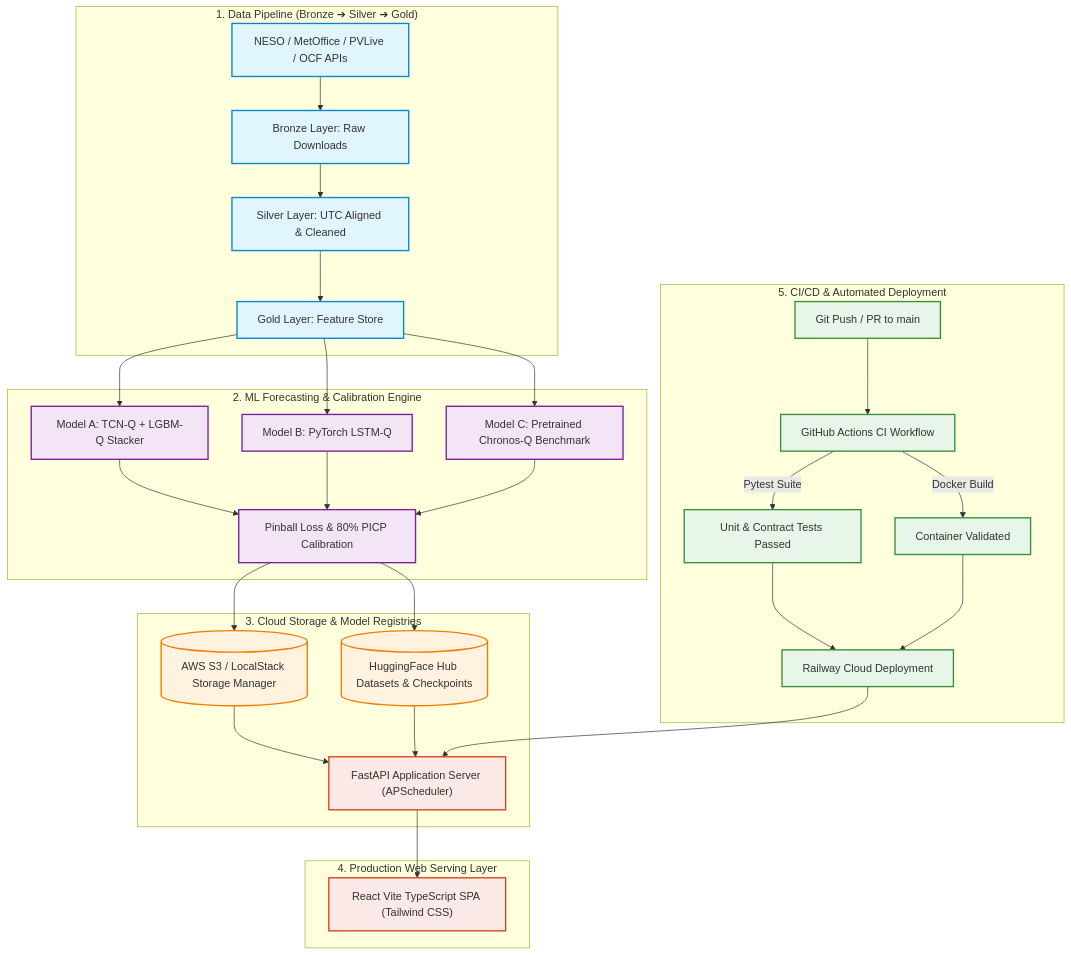
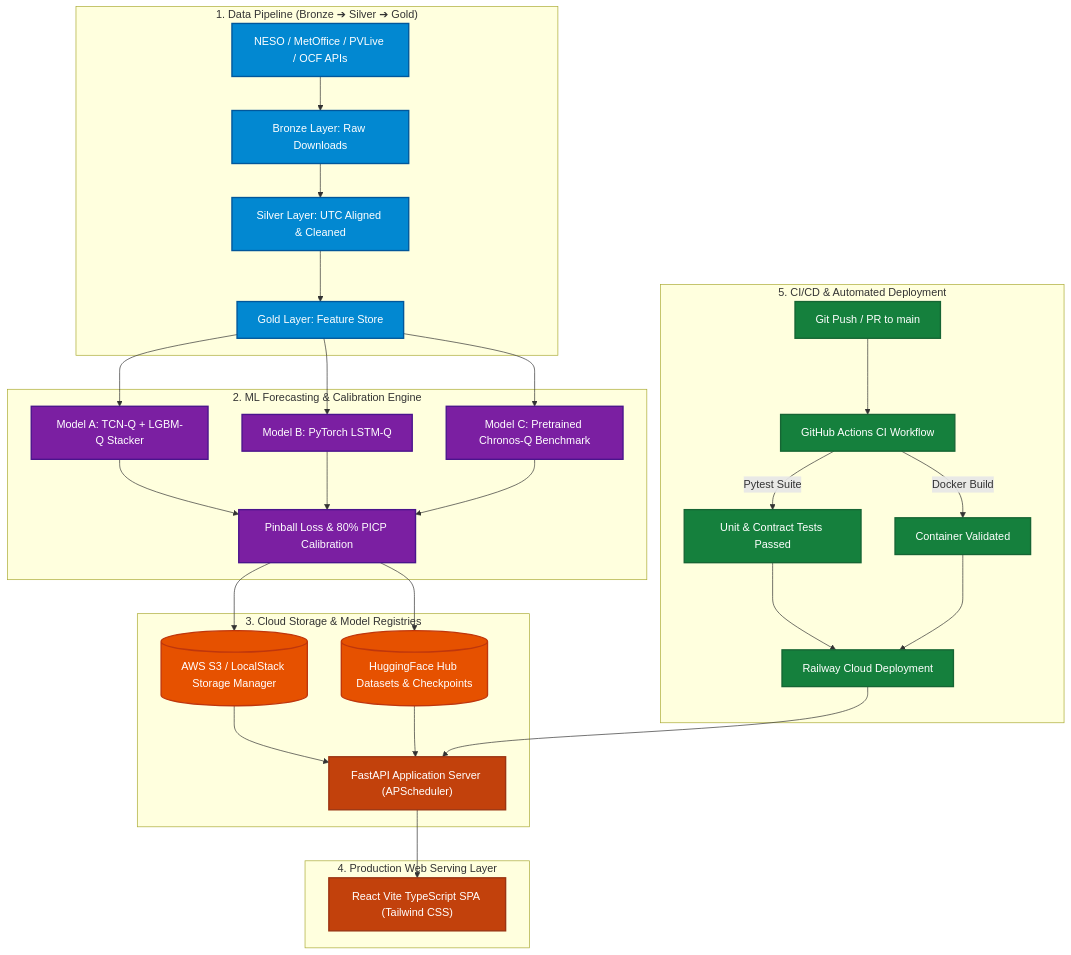
Before and after one commit to Deshan-Chathuranga/gridsight-uk-2026: the diagram in README.md, drawn with Mermaid.

Commit message:
fix(docs): enhance Mermaid diagram text contrast with explicit white bold font on solid nodes

````diff
--- a/README.md
+++ b/README.md
@@ -72,49 +72,59 @@
 ```mermaid
 flowchart TD
     subgraph Data_Pipeline["1. Data Pipeline (Bronze ➔ Silver ➔ Gold)"]
         A1["NESO / MetOffice / PVLive / OCF APIs"] --> A2["Bronze Layer: Raw Downloads"]
         A2 --> A3["Silver Layer: UTC Aligned & Cleaned"]
         A3 --> A4["Gold Layer: Feature Store"]
     end
 
     subgraph Model_Engine["2. ML Forecasting & Calibration Engine"]
         A4 --> M1["Model A: TCN-Q + LGBM-Q Stacker"]
         A4 --> M2["Model B: PyTorch LSTM-Q"]
         A4 --> M3["Model C: Pretrained Chronos-Q Benchmark"]
         M1 --> M4["Pinball Loss & 80% PICP Calibration"]
         M2 --> M4
         M3 --> M4
     end
 
     subgraph Cloud_Storage["3. Cloud Storage & Model Registries"]
         M4 --> S1[("AWS S3 / LocalStack Storage Manager")]
         M4 --> S2[("HuggingFace Hub Datasets & Checkpoints")]
         S1 --> B1
         S2 --> B1
     end
 
     subgraph Serving_Layer["4. Production Web Serving Layer"]
         B1["FastAPI Application Server (APScheduler)"] --> F1["React Vite TypeScript SPA (Tailwind CSS)"]
     end
 
     subgraph CICD_Pipeline["5. CI/CD & Automated Deployment"]
         G1["Git Push / PR to main"] --> G2["GitHub Actions CI Workflow"]
         G2 -->|"Pytest Suite"| G3["Unit & Contract Tests Passed"]
         G2 -->|"Docker Build"| G4["Container Validated"]
         G3 --> G5["Railway Cloud Deployment"]
         G4 --> G5
         G5 --> B1
     end
 
-    classDef dataLayer fill:#e1f5fe,stroke:#0288d1,stroke-width:2px;
-    classDef modelLayer fill:#f3e5f5,stroke:#7b1fa2,stroke-width:2px;
-    classDef cloudLayer fill:#fff3e0,stroke:#f57c00,stroke-width:2px;
-    classDef cicdLayer fill:#e8f5e9,stroke:#388e3c,stroke-width:2px;
-    classDef appLayer fill:#fbe9e7,stroke:#d84315,stroke-width:2px;
+    style A1 fill:#0288d1,color:#ffffff,stroke:#01579b,stroke-width:2px;
+    style A2 fill:#0288d1,color:#ffffff,stroke:#01579b,stroke-width:2px;
+    style A3 fill:#0288d1,color:#ffffff,stroke:#01579b,stroke-width:2px;
+    style A4 fill:#0288d1,color:#ffffff,stroke:#01579b,stroke-width:2px;
 
-    class A1,A2,A3,A4 dataLayer;
-    class M1,M2,M3,M4 modelLayer;
-    class S1,S2 cloudLayer;
-    class B1,F1 appLayer;
-    class G1,G2,G3,G4,G5 cicdLayer;
+    style M1 fill:#7b1fa2,color:#ffffff,stroke:#4a148c,stroke-width:2px;
+    style M2 fill:#7b1fa2,color:#ffffff,stroke:#4a148c,stroke-width:2px;
+    style M3 fill:#7b1fa2,color:#ffffff,stroke:#4a148c,stroke-width:2px;
+    style M4 fill:#7b1fa2,color:#ffffff,stroke:#4a148c,stroke-width:2px;
+
+    style S1 fill:#e65100,color:#ffffff,stroke:#bf360c,stroke-width:2px;
+    style S2 fill:#e65100,color:#ffffff,stroke:#bf360c,stroke-width:2px;
+
+    style B1 fill:#c2410c,color:#ffffff,stroke:#9a3412,stroke-width:2px;
+    style F1 fill:#c2410c,color:#ffffff,stroke:#9a3412,stroke-width:2px;
+
+    style G1 fill:#15803d,color:#ffffff,stroke:#166534,stroke-width:2px;
+    style G2 fill:#15803d,color:#ffffff,stroke:#166534,stroke-width:2px;
+    style G3 fill:#15803d,color:#ffffff,stroke:#166534,stroke-width:2px;
+    style G4 fill:#15803d,color:#ffffff,stroke:#166534,stroke-width:2px;
+    style G5 fill:#15803d,color:#ffffff,stroke:#166534,stroke-width:2px;
 ```
````
